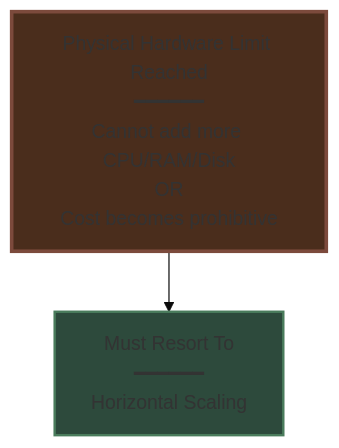
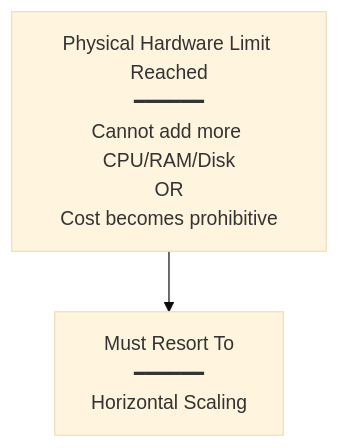
One commit to Yash-Kavaiya/The-System-Design-Masterclass changed the fifth of 21 diagrams in system design beginner/8. Sharding and Partitioning.md. Above: the diagram before and after it, drawn with Mermaid (base theme). The commit also changed other lines of this file, not shown here.

````diff
--- a/system design beginner/8. Sharding and Partitioning.md
+++ b/system design beginner/8. Sharding and Partitioning.md
@@ -111,11 +102,9 @@
 ```mermaid
 graph TB
     LIMIT[Physical Hardware Limit Reached<br/>━━━━━━<br/>Cannot add more CPU/RAM/Disk<br/>OR<br/>Cost becomes prohibitive]
     
     SOLUTION[Must Resort To<br/>━━━━━━<br/>Horizontal Scaling]
     
     LIMIT --> SOLUTION
     
-    style LIMIT fill:#4a2d1c,stroke:#7c4a3c,stroke-width:3px
-    style SOLUTION fill:#2d4a3c,stroke:#4a7c5c,stroke-width:2px
 ```
````
